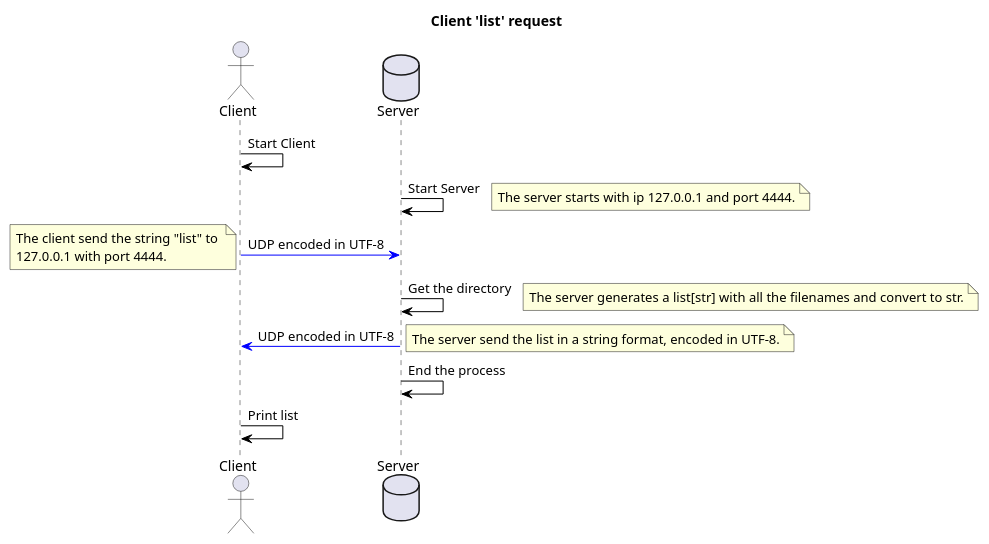
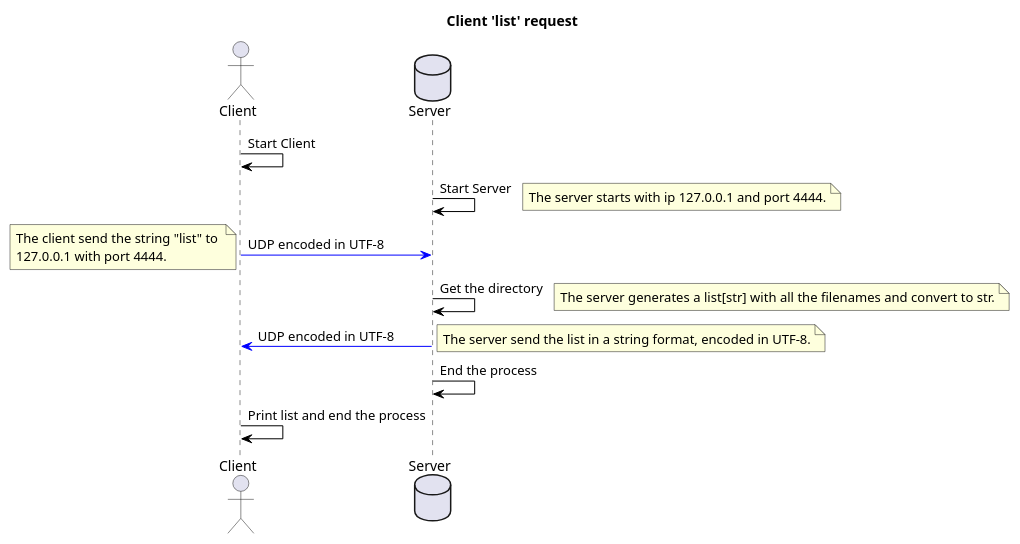
Before and after one commit to Zettaiki/Client-Server-UDP-file-transfer: the diagram in UML/PlantUML-code/client-list.plantuml, drawn with PlantUML. The commit also changed 2 other files, not shown here.

Commit message:
Complete UML for each protocol

```diff
--- a/UML/PlantUML-code/client-list.plantuml
+++ b/UML/PlantUML-code/client-list.plantuml
@@ -1,28 +1,28 @@
 @startuml ClientUMLlist
 
 title Client 'list' request
 
 actor Client as Client
 database Server as Server
 Client -[#Black]> Client : Start Client
 Server -[#Black]> Server : Start Server
 note right
 The server starts with ip 127.0.0.1 and port 4444.
 end note
 Client -[#Blue]> Server : UDP encoded in UTF-8
 note left
 The client send the string "list" to 
 127.0.0.1 with port 4444.
 end note
 Server -[#Black]> Server : Get the directory
 note right
 The server generates a list[str] with all the filenames and convert to str.
 end note
 Client <[#Blue]- Server : UDP encoded in UTF-8
 note right
 The server send the list in a string format, encoded in UTF-8.
 end note
 Server -[#Black]> Server : End the process
-Client -[#Black]> Client : Print list
+Client -[#Black]> Client : Print list and end the process
 
 @enduml
```
